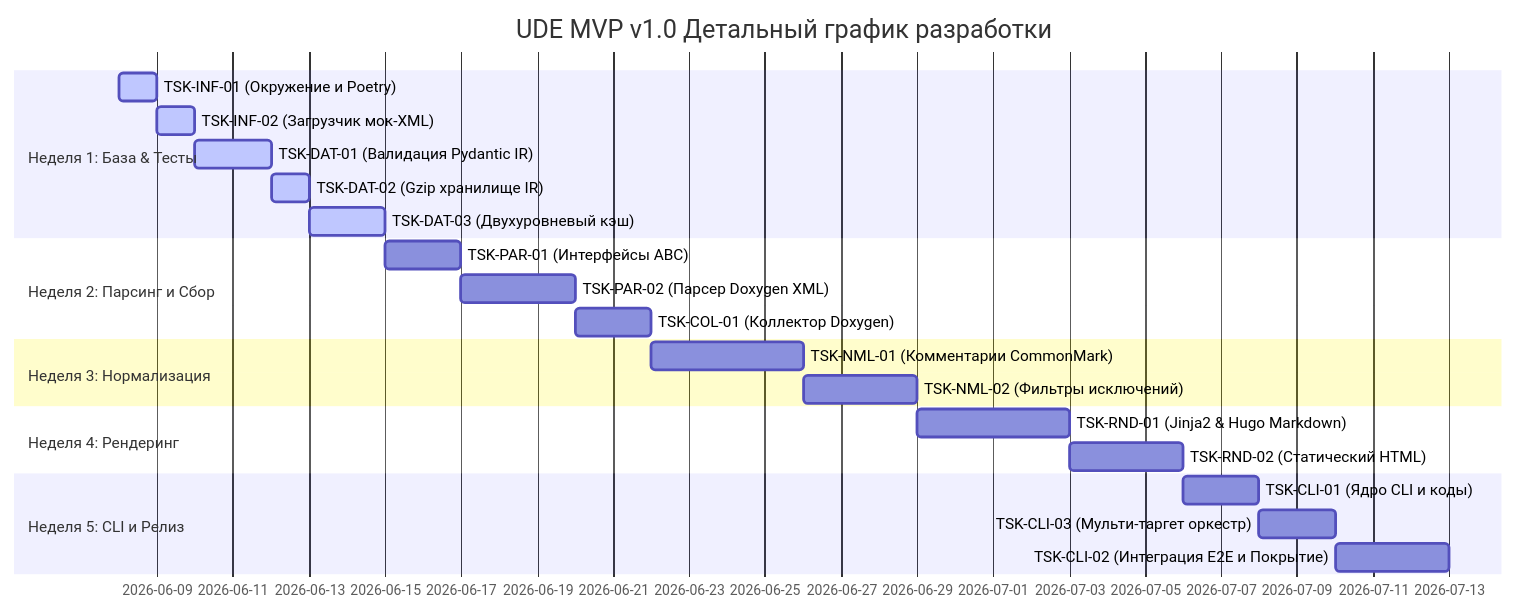
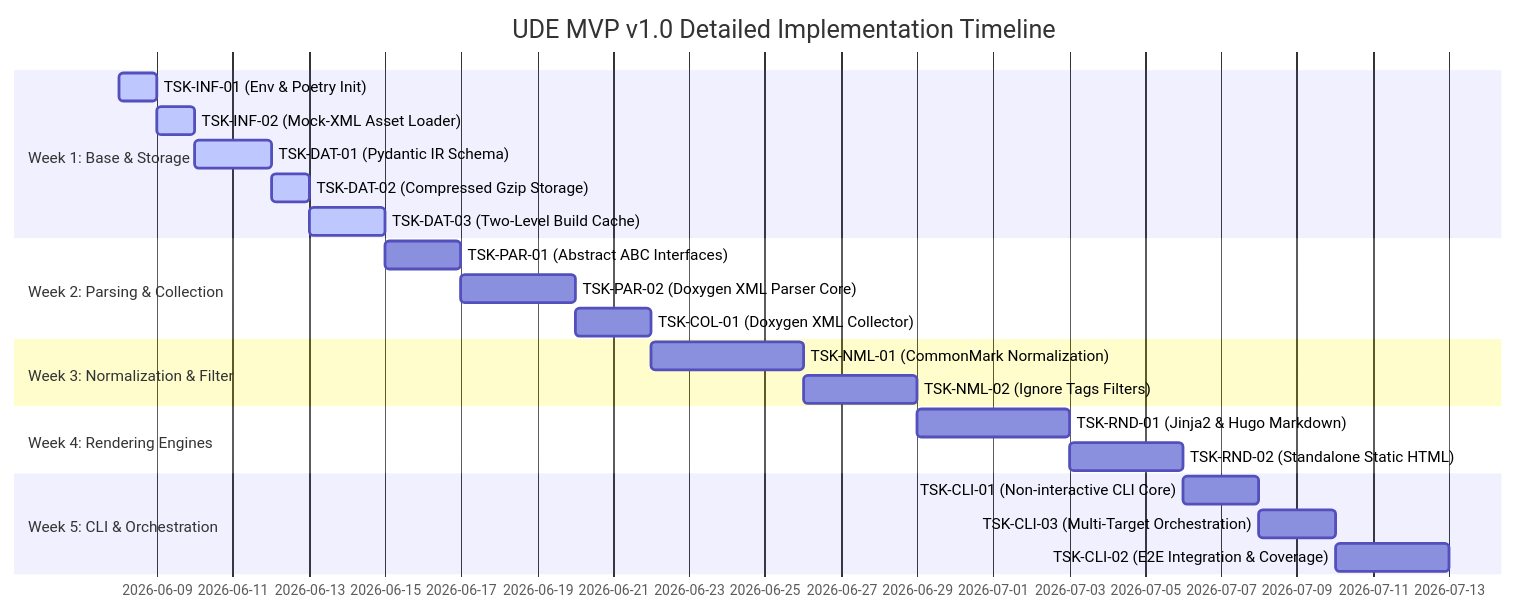
One commit to Sir-Derryk/Pipeline changed the diagram in .antigravitycli/active_plan.md. Above: the diagram before and after it, drawn with Mermaid. The commit also changed other lines of this file and 16 other files, not shown here.

````diff
--- a/.antigravitycli/active_plan.md
+++ b/.antigravitycli/active_plan.md
@@ -14,25 +14,25 @@
 ```mermaid
 gantt
-    title UDE MVP v1.0 Детальный график разработки
+    title UDE MVP v1.0 Detailed Implementation Timeline
     dateFormat  YYYY-MM-DD
-    section Неделя 1: База & Тесты
-    TSK-INF-01 (Окружение и Poetry)     :active, t1, 2026-06-08, 1d
-    TSK-INF-02 (Загрузчик мок-XML)       :active, t2, after t1, 1d
-    TSK-DAT-01 (Валидация Pydantic IR)   :active, t3, after t2, 2d
-    TSK-DAT-02 (Gzip хранилище IR)      :active, t4, after t3, 1d
-    TSK-DAT-03 (Двухуровневый кэш)       :active, t5, after t4, 2d
-    section Неделя 2: Парсинг и Сбор
-    TSK-PAR-01 (Интерфейсы ABC)          :t6, after t5, 2d
-    TSK-PAR-02 (Парсер Doxygen XML)      :t7, after t6, 3d
-    TSK-COL-01 (Коллектор Doxygen)       :t8, after t7, 2d
-    section Неделя 3: Нормализация
-    TSK-NML-01 (Комментарии CommonMark)  :t9, after t8, 4d
-    TSK-NML-02 (Фильтры исключений)      :t10, after t9, 3d
-    section Неделя 4: Рендеринг
+    section Week 1: Base & Storage
+    TSK-INF-01 (Env & Poetry Init)       :active, t1, 2026-06-08, 1d
+    TSK-INF-02 (Mock-XML Asset Loader)   :active, t2, after t1, 1d
+    TSK-DAT-01 (Pydantic IR Schema)      :active, t3, after t2, 2d
+    TSK-DAT-02 (Compressed Gzip Storage) :active, t4, after t3, 1d
+    TSK-DAT-03 (Two-Level Build Cache)   :active, t5, after t4, 2d
+    section Week 2: Parsing & Collection
+    TSK-PAR-01 (Abstract ABC Interfaces) :t6, after t5, 2d
+    TSK-PAR-02 (Doxygen XML Parser Core) :t7, after t6, 3d
+    TSK-COL-01 (Doxygen XML Collector)   :t8, after t7, 2d
+    section Week 3: Normalization & Filter
+    TSK-NML-01 (CommonMark Normalization):t9, after t8, 4d
+    TSK-NML-02 (Ignore Tags Filters)     :t10, after t9, 3d
+    section Week 4: Rendering Engines
     TSK-RND-01 (Jinja2 & Hugo Markdown)  :t11, after t10, 4d
-    TSK-RND-02 (Статический HTML)        :t12, after t11, 3d
-    section Неделя 5: CLI и Релиз
-    TSK-CLI-01 (Ядро CLI и коды)         :t13, after t12, 2d
-    TSK-CLI-03 (Мульти-таргет оркестр)   :t14, after t13, 2d
-    TSK-CLI-02 (Интеграция E2E и Покрытие):t15, after t14, 3d
+    TSK-RND-02 (Standalone Static HTML)  :t12, after t11, 3d
+    section Week 5: CLI & Orchestration
+    TSK-CLI-01 (Non-interactive CLI Core):t13, after t12, 2d
+    TSK-CLI-03 (Multi-Target Orchestration):t14, after t13, 2d
+    TSK-CLI-02 (E2E Integration & Coverage):t15, after t14, 3d
 ```
````
